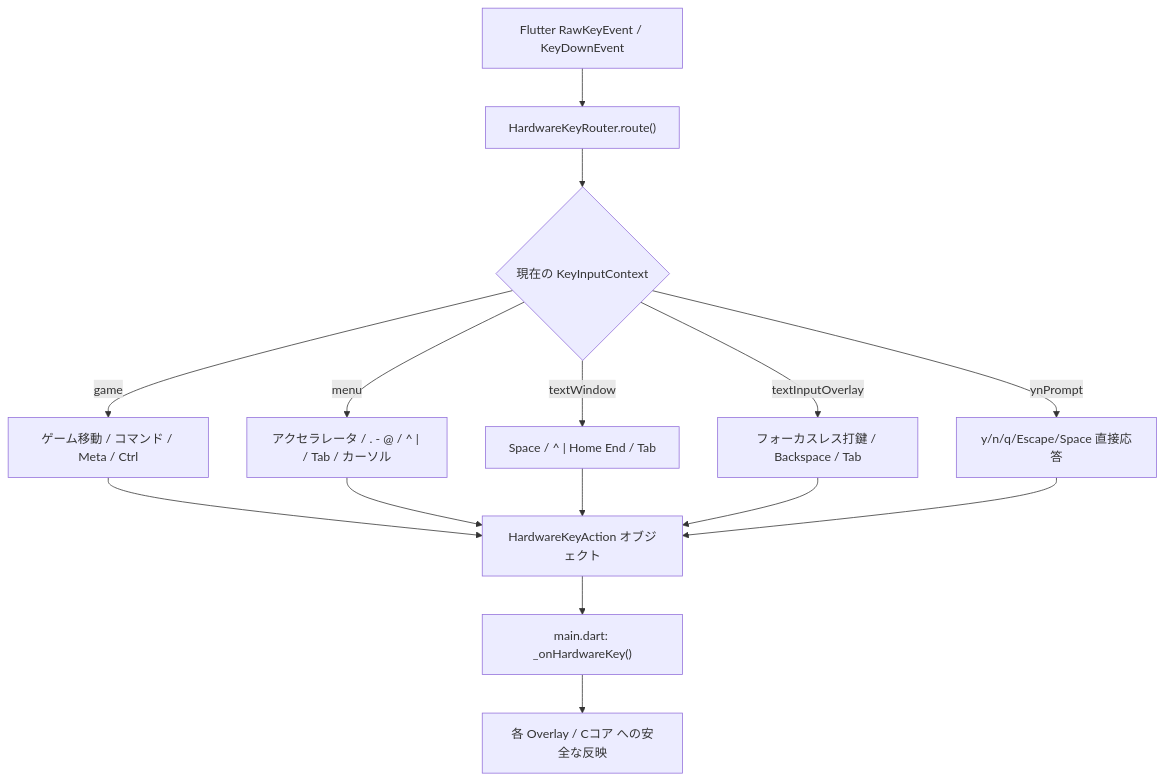
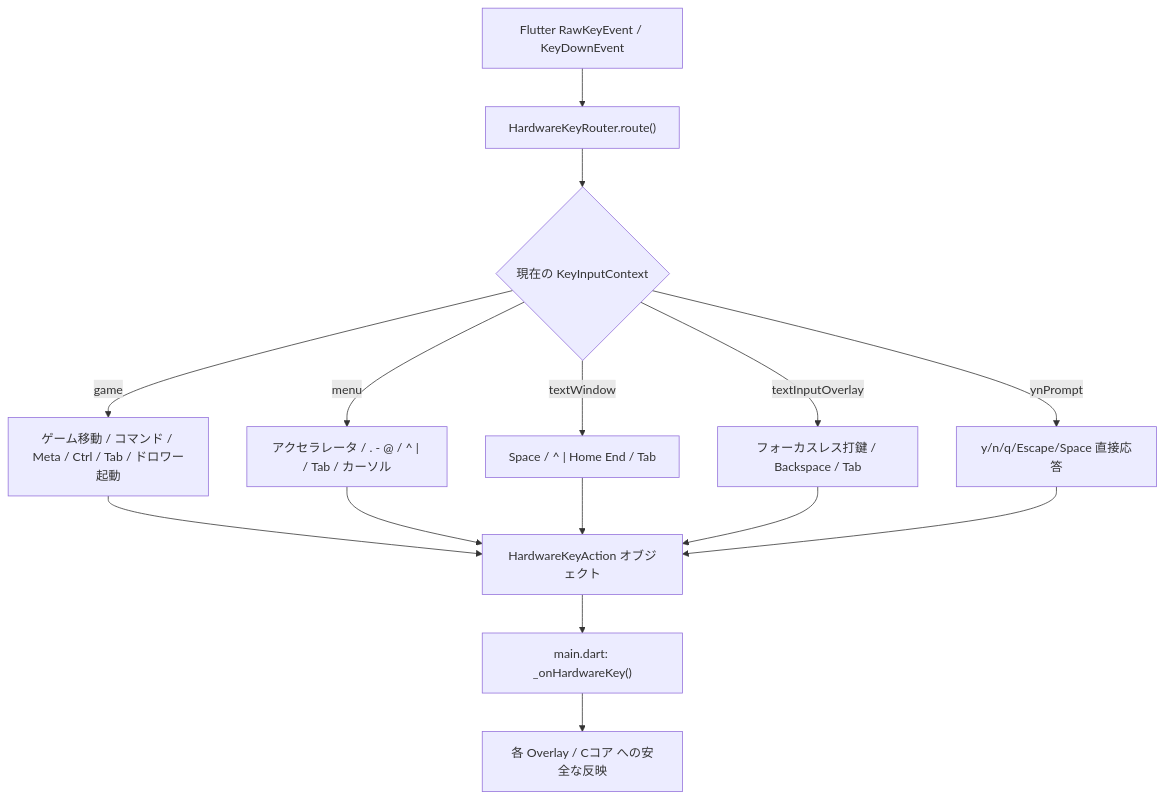
Before and after one commit to satokiyon/DartHack: the diagram in sys/flutter/doc/hardware_keyboard_guide.md, drawn with Mermaid. The commit also changed other lines of this file and 16 other files, not shown here.

````diff
--- a/sys/flutter/doc/hardware_keyboard_guide.md
+++ b/sys/flutter/doc/hardware_keyboard_guide.md
@@ -181,20 +352,20 @@
 ```mermaid
 flowchart TD
     RawKey["Flutter RawKeyEvent / KeyDownEvent"] --> HKR["HardwareKeyRouter.route()"]
     HKR --> CtxCheck{"現在の KeyInputContext"}
 
-    CtxCheck -->|"game"| GameRoute["ゲーム移動 / コマンド / Meta / Ctrl"]
+    CtxCheck -->|"game"| GameRoute["ゲーム移動 / コマンド / Meta / Ctrl / Tab / ドロワー起動"]
     CtxCheck -->|"menu"| MenuRoute["アクセラレータ / . - @ / ^ | / Tab / カーソル"]
     CtxCheck -->|"textWindow"| TextRoute["Space / ^ | Home End / Tab"]
     CtxCheck -->|"textInputOverlay"| TextInRoute["フォーカスレス打鍵 / Backspace / Tab"]
     CtxCheck -->|"ynPrompt"| YnRoute["y/n/q/Escape/Space 直接応答"]
 
     GameRoute --> Action["HardwareKeyAction オブジェクト"]
     MenuRoute --> Action
     TextRoute --> Action
     TextInRoute --> Action
     YnRoute --> Action
 
     Action --> MainHandler["main.dart: _onHardwareKey()"]
     MainHandler --> UIUpdate["各 Overlay / Cコア への安全な反映"]
 ```
````
